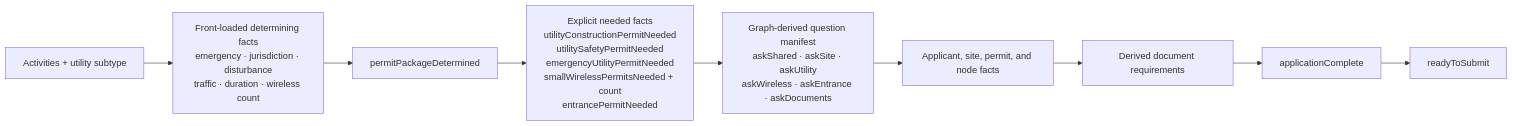
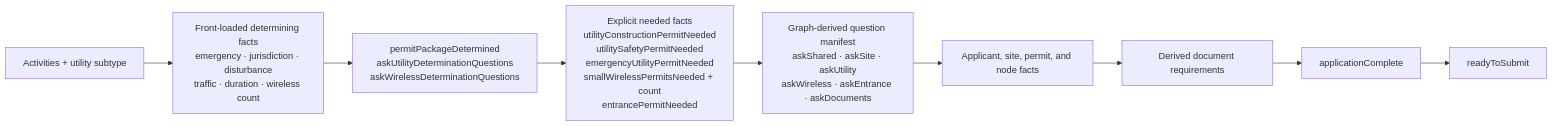
The diagram in poc/MODEL.md (Infilla/fact-graph), drawn with Mermaid before and after one commit. The commit also changed other lines of this file and 5 other files, not shown here.

Commit message:
Complete graph-driven permit manifest

````diff
--- a/poc/MODEL.md
+++ b/poc/MODEL.md
@@ -11,11 +11,11 @@
 ```mermaid
 flowchart LR
   ACT["Activities + utility subtype"] --> DET["Front-loaded determining facts<br/>emergency · jurisdiction · disturbance<br/>traffic · duration · wireless count"]
-  DET --> DONE["permitPackageDetermined"]
+  DET --> DONE["permitPackageDetermined<br/>askUtilityDeterminationQuestions<br/>askWirelessDeterminationQuestions"]
   DONE --> TYPES["Explicit needed facts<br/>utilityConstructionPermitNeeded<br/>utilitySafetyPermitNeeded<br/>emergencyUtilityPermitNeeded<br/>smallWirelessPermitsNeeded + count<br/>entrancePermitNeeded"]
   TYPES --> MANIFEST["Graph-derived question manifest<br/>askShared · askSite · askUtility<br/>askWireless · askEntrance · askDocuments"]
   MANIFEST --> DETAILS["Applicant, site, permit, and node facts"]
   DETAILS --> DOCS["Derived document requirements"]
   DOCS --> COMPLETE["applicationComplete"]
   COMPLETE --> READY["readyToSubmit"]
 ```
````
